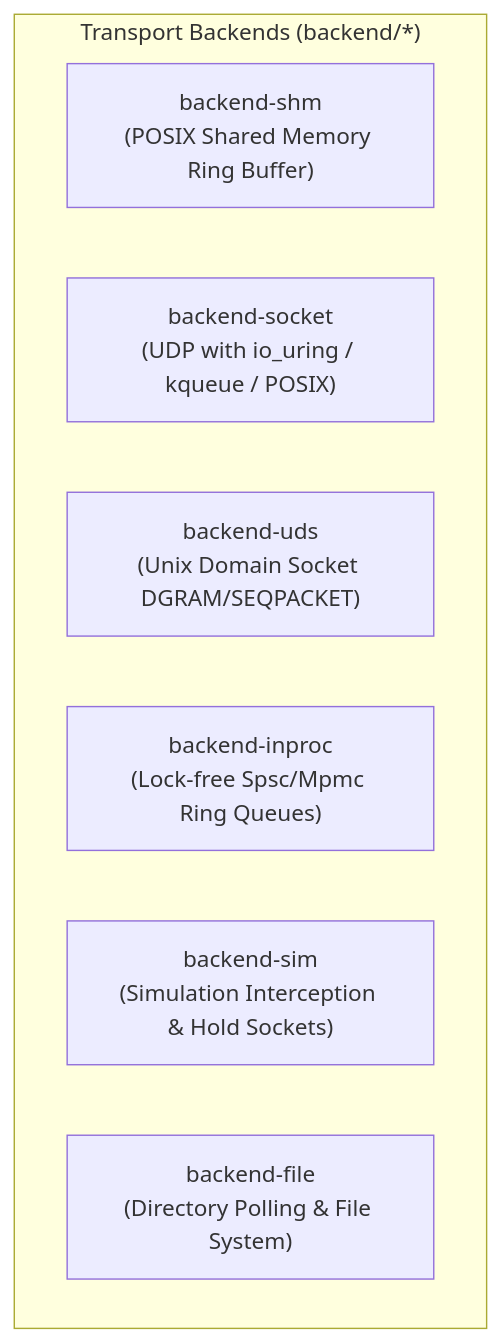
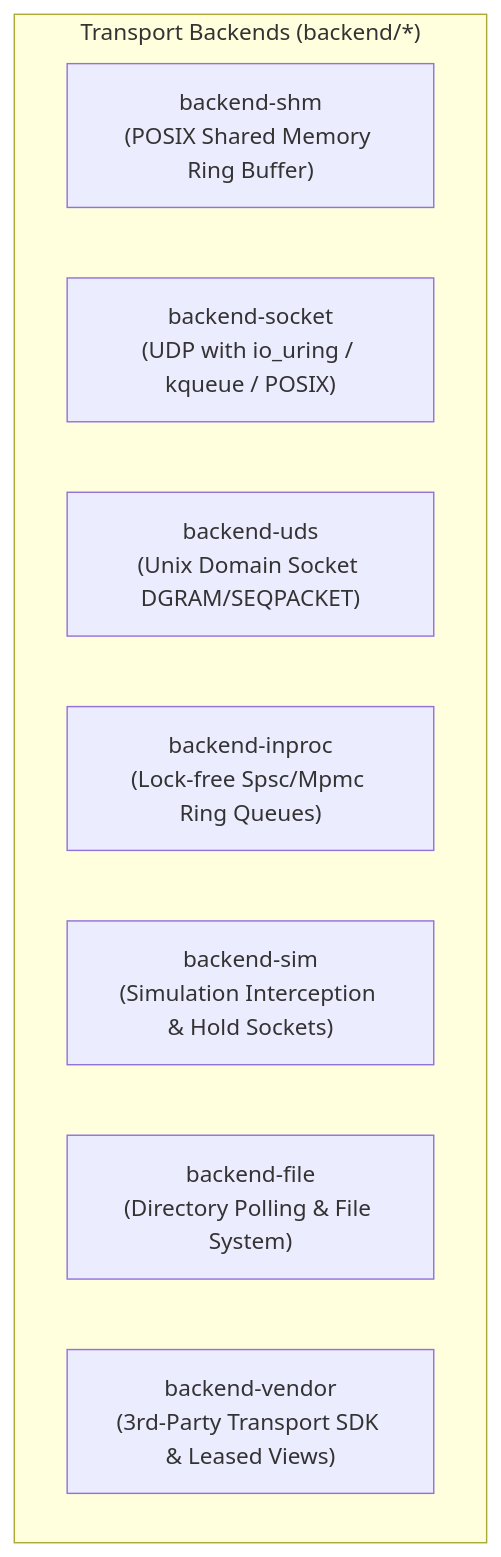
One commit to notzain/proxy-pipeline changed the second of 2 diagrams in docs/architecture/transport-and-channel-abstractions.md. Above: the diagram before and after it, drawn with Mermaid. The commit also changed other lines of this file and 9 other files, not shown here.

First line of the commit message:
docs(architecture): update living system architectural specifications

````diff
--- a/docs/architecture/transport-and-channel-abstractions.md
+++ b/docs/architecture/transport-and-channel-abstractions.md
@@ -56,11 +56,12 @@
 ```mermaid
 graph TD
     subgraph Backends ["Transport Backends (backend/*)"]
         SHM["backend-shm<br/>(POSIX Shared Memory Ring Buffer)"]
         SOCK["backend-socket<br/>(UDP with io_uring / kqueue / POSIX)"]
         UDS["backend-uds<br/>(Unix Domain Socket DGRAM/SEQPACKET)"]
         INPROC["backend-inproc<br/>(Lock-free Spsc/Mpmc Ring Queues)"]
         SIM["backend-sim<br/>(Simulation Interception & Hold Sockets)"]
         FILEB["backend-file<br/>(Directory Polling & File System)"]
+        VEND["backend-vendor<br/>(3rd-Party Transport SDK & Leased Views)"]
     end
 ```
````
